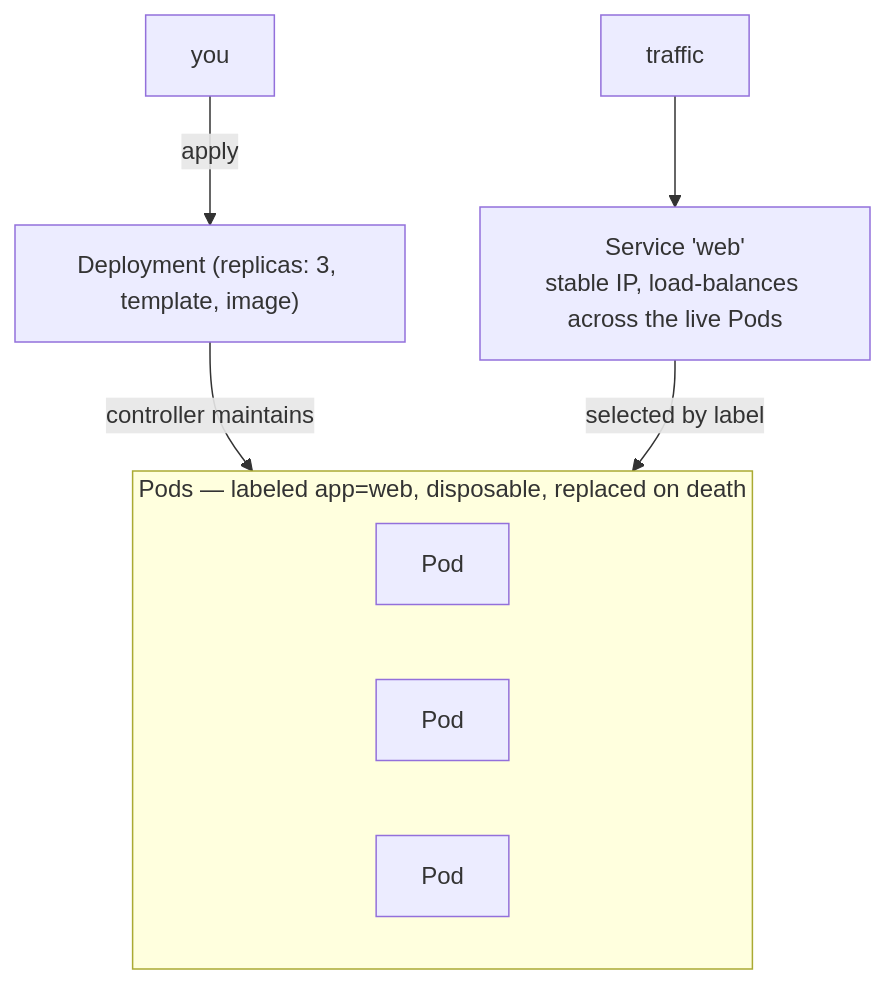
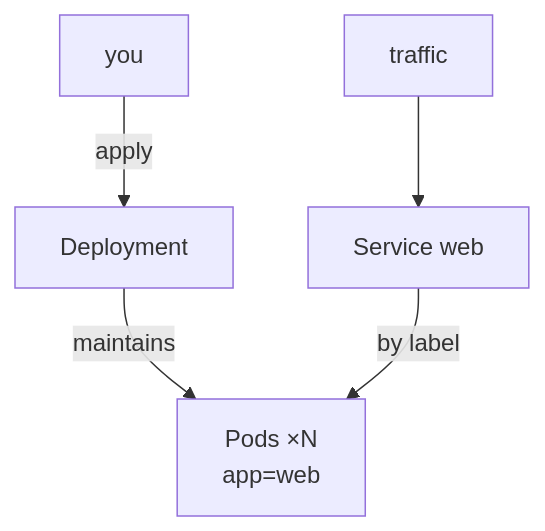
One commit to Topurrra/themissingmanual changed the second of 2 diagrams in guides/kubernetes-without-the-hype/02-the-core-objects.md. Above: the diagram before and after it, drawn with Mermaid. The commit also changed other lines of this file and 15 other files, not shown here.

Commit message:
fixed mermaid diagrams

````diff
--- a/guides/kubernetes-without-the-hype/02-the-core-objects.md
+++ b/guides/kubernetes-without-the-hype/02-the-core-objects.md
@@ -205,16 +201,7 @@
 ```mermaid
 flowchart TD
-  You["you"]
-  Deployment["Deployment (replicas: 3, template, image)"]
-  Traffic["traffic"]
-  Service["Service 'web'<br/>stable IP, load-balances across the live Pods"]
-  subgraph Pods["Pods — labeled app=web, disposable, replaced on death"]
-    P1["Pod"]
-    P2["Pod"]
-    P3["Pod"]
-  end
-  You -->|apply| Deployment
-  Deployment -->|controller maintains| Pods
-  Traffic --> Service
-  Service -->|selected by label| Pods
+  You[you] -->|apply| Deployment[Deployment]
+  Deployment -->|maintains| Pods["Pods ×N<br/>app=web"]
+  Traffic[traffic] --> Service[Service web]
+  Service -->|by label| Pods
 ```
````
